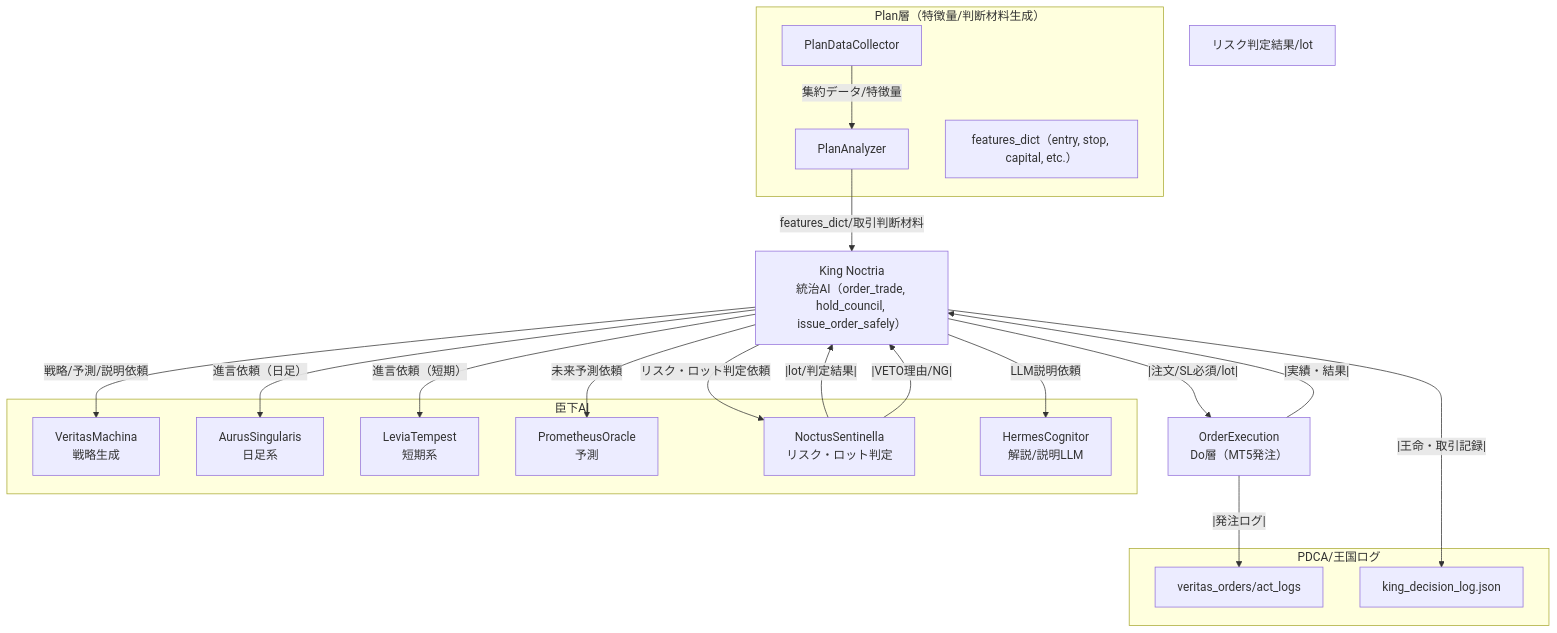
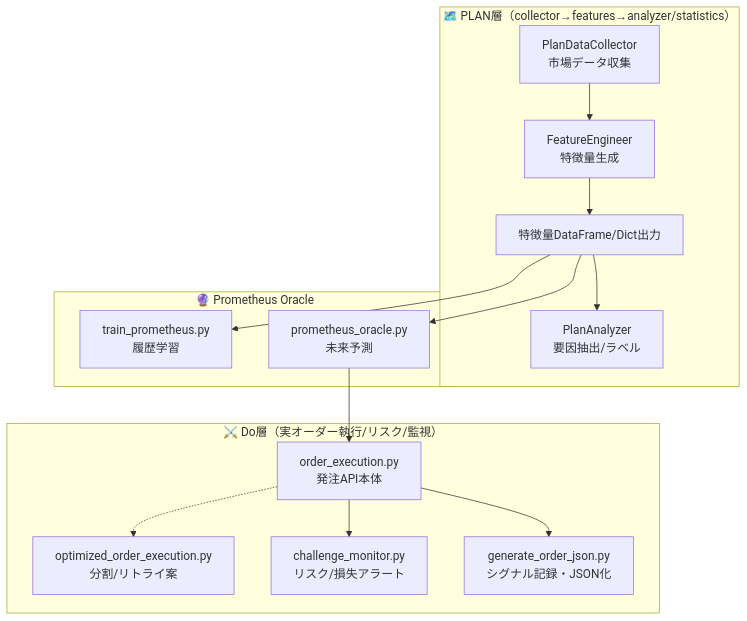
The diagram in docs/Noctria全体.mmd (Noctria/noctria_kingdom), drawn with Mermaid before and after one commit. The commit also changed other lines of this file, not shown here.

```diff
--- a/docs/Noctria全体.mmd
+++ b/docs/Noctria全体.mmd
@@ -1,56 +1,36 @@
 flowchart TD
+  %% --- Plan層 ---
+  subgraph PLAN["🗺️ PLAN層（collector→features→analyzer/statistics）"]
+    COLLECT["PlanDataCollector<br>市場データ収集"]
+    FEATENG["FeatureEngineer<br>特徴量生成"]
+    FEATDF["特徴量DataFrame/Dict出力"]
+    ANALYZER["PlanAnalyzer<br>要因抽出/ラベル"]
+  end
 
-%% === Plan層 ===
-subgraph PLAN層[Plan層（特徴量/判断材料生成）]
-    COLLECTOR["PlanDataCollector"]
-    ANALYZER["PlanAnalyzer"]
-    FEATURES["features_dict（entry, stop, capital, etc.）"]
-end
+  %% --- Prometheus 分離構造 ---
+  subgraph PROMETHEUS["🔮 Prometheus Oracle"]
+    PROM_TRAIN["train_prometheus.py<br>履歴学習"]
+    PROM_PRED["prometheus_oracle.py<br>未来予測"]
+  end
 
-%% === 王（中央統治AI） ===
-KING["King Noctria<br>統治AI（order_trade, hold_council, issue_order_safely）"]
+  %% --- Do層 ---
+  subgraph DO["⚔️ Do層（実オーダー執行/リスク/監視）"]
+    ORDER["order_execution.py<br>発注API本体"]
+    OPTORDER["optimized_order_execution.py<br>分割/リトライ案"]
+    CHALMON["challenge_monitor.py<br>リスク/損失アラート"]
+    GENORDER["generate_order_json.py<br>シグナル記録・JSON化"]
+  end
 
-%% === 臣下AI ===
-subgraph 臣下AI
-    VERITAS["VeritasMachina<br>戦略生成"]
-    AURUS["AurusSingularis<br>日足系"]
-    LEVIA["LeviaTempest<br>短期系"]
-    PROMETHEUS["PrometheusOracle<br>予測"]
-    NOCTUS["NoctusSentinella<br>リスク・ロット判定"]
-    HERMES["HermesCognitor<br>解説/説明LLM"]
-end
+  %% --- 接続 ---
+  COLLECT --> FEATENG
+  FEATENG --> FEATDF
+  FEATDF --> ANALYZER
 
-%% === Do層（注文実行/API） ===
-ORDER_EXEC["OrderExecution<br>Do層（MT5発注）"]
+  FEATDF --> PROM_TRAIN
+  FEATDF --> PROM_PRED
 
-%% === Check層 ===
-CHECK_RESULT["リスク判定結果/lot"]
+  PROM_PRED --> ORDER
 
-%% === PDCAログ ===
-subgraph LOGS["PDCA/王国ログ"]
-    PDCA_LOG["veritas_orders/act_logs"]
-    KING_LOG["king_decision_log.json"]
-end
-
-%% === フロー ===
-
-COLLECTOR -- 集約データ/特徴量 --> ANALYZER
-ANALYZER -- features_dict/取引判断材料 --> KING
-
-KING -- 戦略/予測/説明依頼 --> VERITAS
-KING -- 進言依頼（日足） --> AURUS
-KING -- 進言依頼（短期） --> LEVIA
-KING -- 未来予測依頼 --> PROMETHEUS
-KING -- LLM説明依頼 --> HERMES
-
-KING -- リスク・ロット判定依頼 --> NOCTUS
-NOCTUS --|lot/判定結果|--> KING
-
-KING --|注文/SL必須/lot|--> ORDER_EXEC
-
-ORDER_EXEC --|実績・結果|--> KING
-KING --|王命・取引記録|--> KING_LOG
-ORDER_EXEC --|発注ログ|--> PDCA_LOG
-
-%% === Check層（Check/再評価・VETO時）===
-NOCTUS --|VETO理由/NG|--> KING
+  ORDER --> GENORDER
+  ORDER -.-> OPTORDER
+  ORDER --> CHALMON
```
